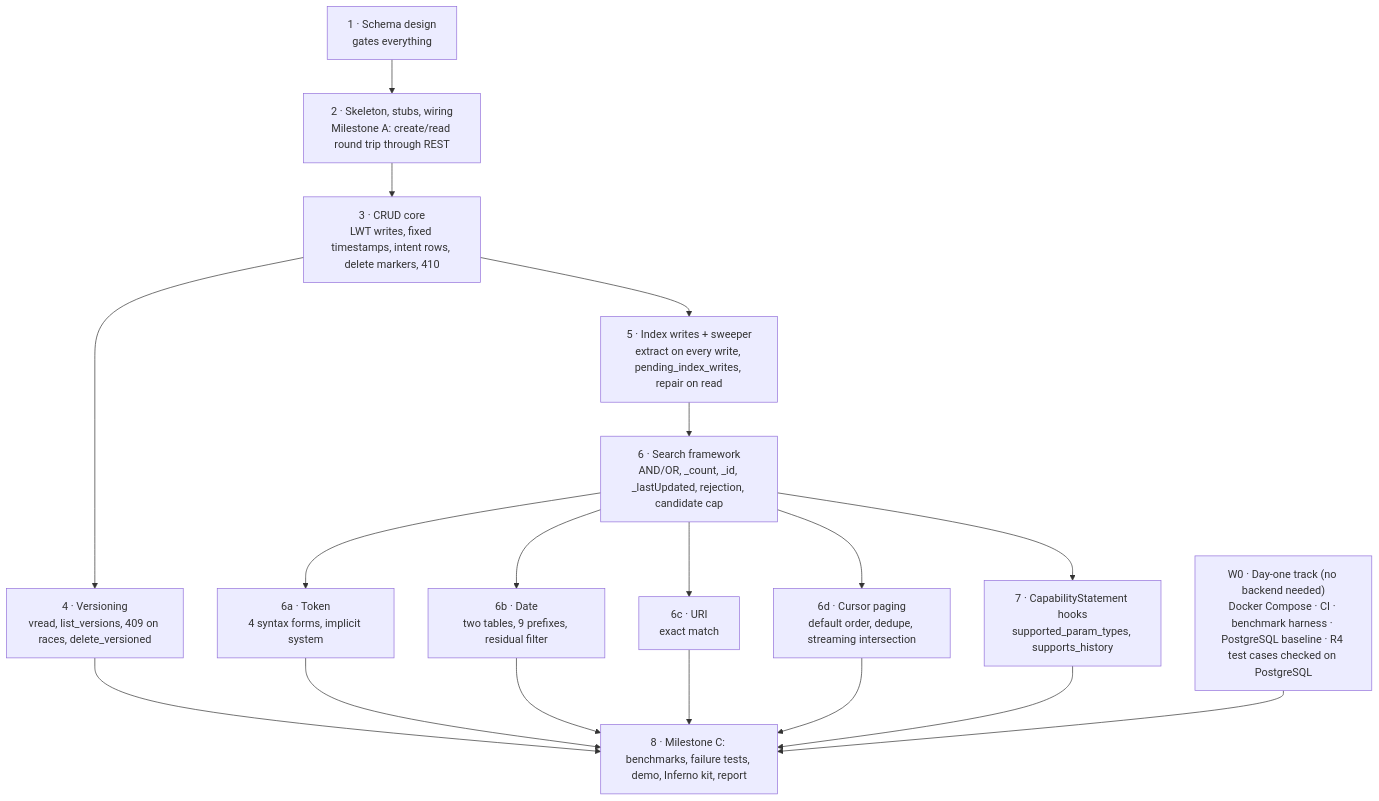
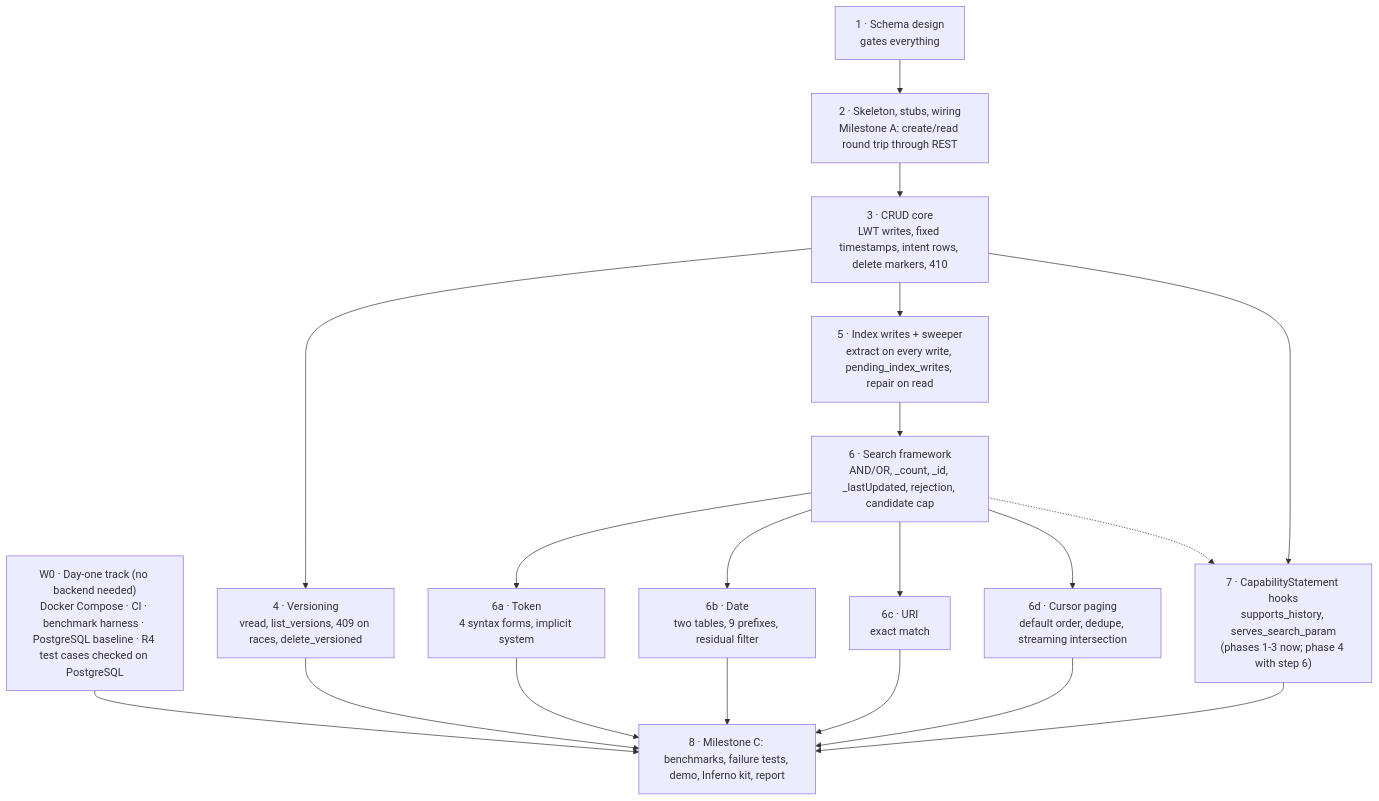
One commit to aacruzgon/hfs-Cassandra-CS4411 changed the diagram in docs/Cassandra/development-roadmap.md. Above: the diagram before and after it, drawn with Mermaid. The commit also changed other lines of this file and 4 other files, not shown here.

First line of the commit message:
docs(cassandra): ADR-aacruzgon-0085, Step 7 in phases and two PRs

````diff
--- a/docs/Cassandra/development-roadmap.md
+++ b/docs/Cassandra/development-roadmap.md
@@ -23,21 +23,22 @@
 ```mermaid
 flowchart TD
     D0["W0 · Day-one track (no backend needed)<br/>Docker Compose · CI · benchmark harness · PostgreSQL baseline · R4 test cases checked on PostgreSQL"]
     S1["1 · Schema design<br/>gates everything"] --> S2["2 · Skeleton, stubs, wiring<br/>Milestone A: create/read round trip through REST"]
     S2 --> S3["3 · CRUD core<br/>LWT writes, fixed timestamps, intent rows, delete markers, 410"]
     S3 --> S4["4 · Versioning<br/>vread, list_versions, 409 on races, delete_versioned"]
     S3 --> S5["5 · Index writes + sweeper<br/>extract on every write, pending_index_writes, repair on read"]
     S5 --> S6["6 · Search framework<br/>AND/OR, _count, _id, _lastUpdated, rejection, candidate cap"]
     S6 --> T["6a · Token<br/>4 syntax forms, implicit system"]
     S6 --> DT["6b · Date<br/>two tables, 9 prefixes, residual filter"]
     S6 --> U["6c · URI<br/>exact match"]
     S6 --> C["6d · Cursor paging<br/>default order, dedupe, streaming intersection"]
-    S6 --> CS["7 · CapabilityStatement hooks<br/>supported_param_types, supports_history"]
+    S3 --> CS["7 · CapabilityStatement hooks<br/>supports_history, serves_search_param<br/>(phases 1-3 now; phase 4 with step 6)"]
+    S6 -.-> CS
     S4 --> E["8 · Milestone C: benchmarks, failure tests, demo, Inferno kit, report"]
     T --> E
     DT --> E
     U --> E
     C --> E
     CS --> E
     D0 --> E
 ```
````
